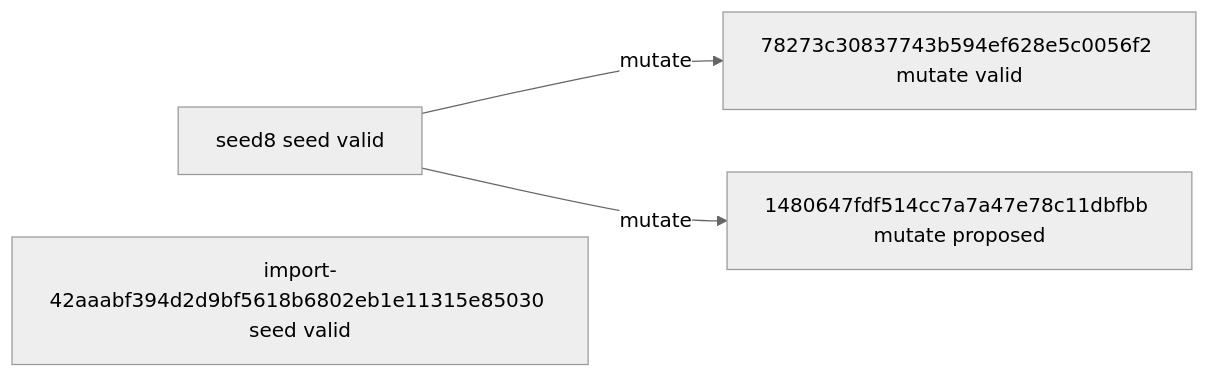
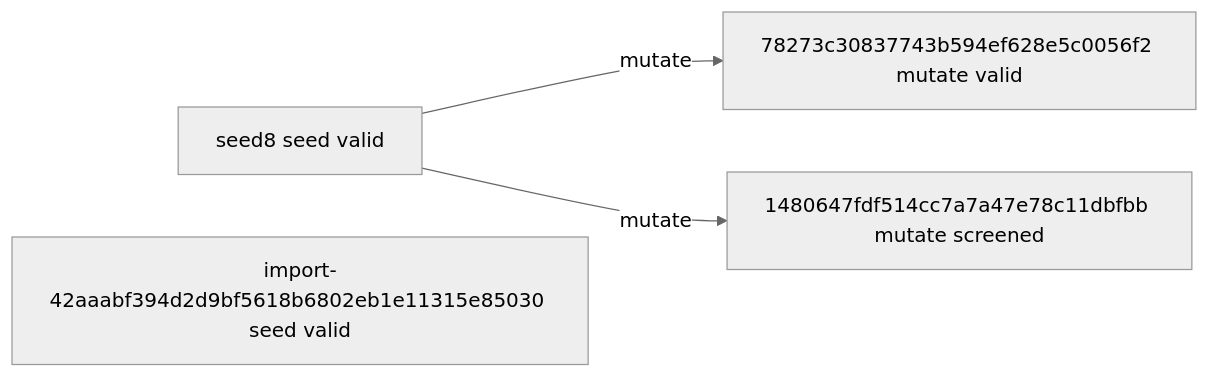
One commit to timbtz/feyer-search-lab changed the diagram in experiments/campaigns/discrete-local-v1/README.md. Above: the diagram before and after it, drawn with Mermaid (neutral theme). The commit also changed other lines of this file and 7 other files, not shown here.

Commit message:
Record DAG campaign 1480647fdf514cc7a7a47e78c11dbfbb-screen

````diff
--- a/experiments/campaigns/discrete-local-v1/README.md
+++ b/experiments/campaigns/discrete-local-v1/README.md
@@ -21,9 +21,9 @@
 ```mermaid
 graph LR
   n0["seed8 seed valid"]
   n1["import-42aaabf394d2d9bf5618b6802eb1e11315e85030 seed valid"]
   n2["78273c30837743b594ef628e5c0056f2 mutate valid"]
-  n3["1480647fdf514cc7a7a47e78c11dbfbb mutate proposed"]
+  n3["1480647fdf514cc7a7a47e78c11dbfbb mutate screened"]
   n0 -->|mutate| n2
   n0 -->|mutate| n3
 ```
````
